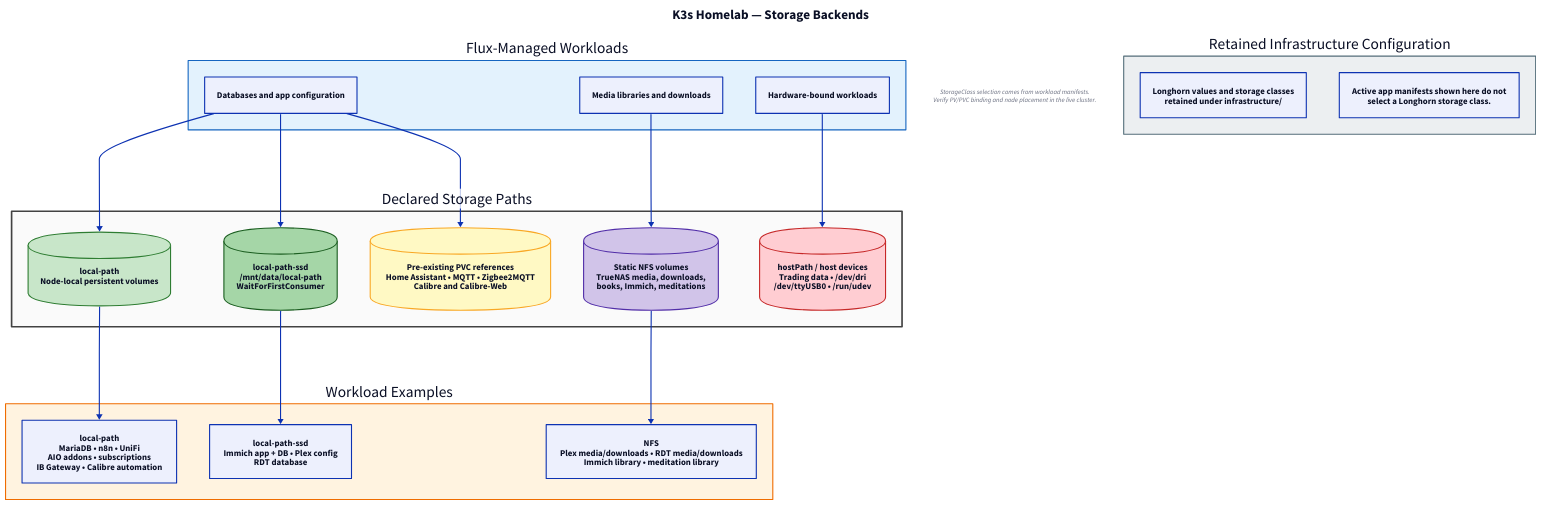
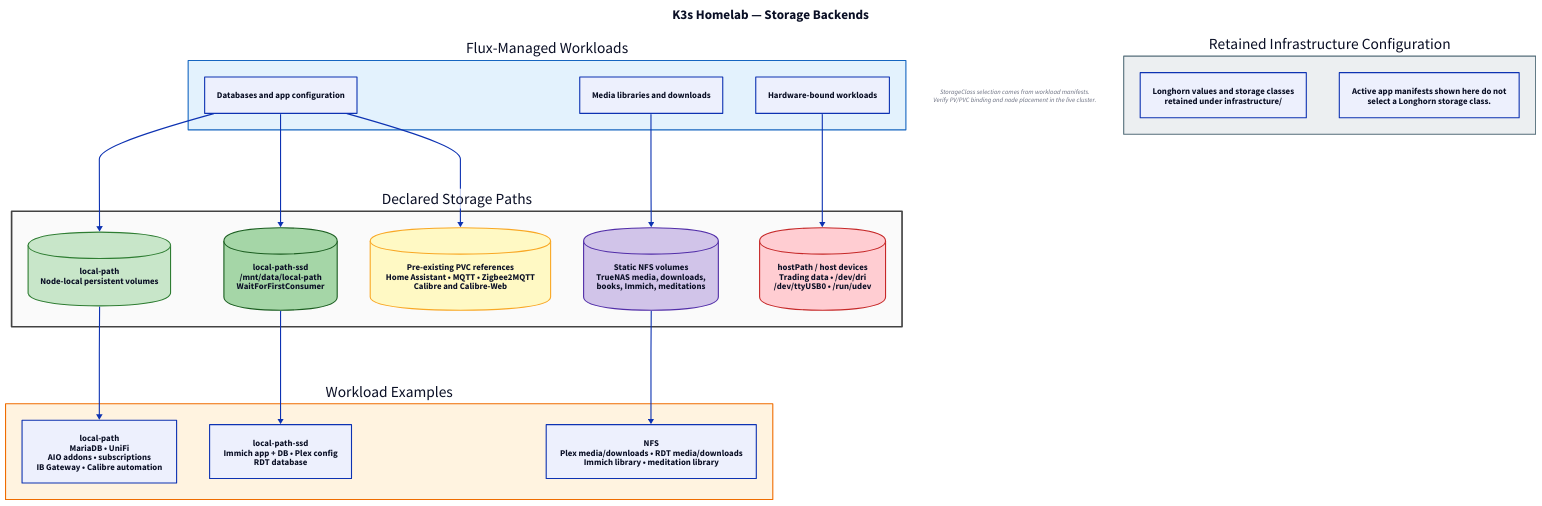
The diagram in docs/diagrams/storage-architecture.d2 (erix/homelab), drawn with D2 before and after one commit. The commit also changed 13 other files, not shown here.

```diff
--- a/docs/diagrams/storage-architecture.d2
+++ b/docs/diagrams/storage-architecture.d2
@@ -1,91 +1,91 @@
 direction: down
 
 title: K3s Homelab — Storage Backends {
   near: top-center
   shape: text
   style.font-size: 24
   style.bold: true
 }
 
 apps: Flux-Managed Workloads {
   style.fill: "#e3f2fd"
   style.stroke: "#1565c0"
 
   stateful: "Databases and app configuration"
   media: "Media libraries and downloads"
   hardware: "Hardware-bound workloads"
 }
 
 storage: Declared Storage Paths {
   style.fill: "#fafafa"
   style.stroke: "#424242"
   style.stroke-width: 3
 
   local: {
     label: "local-path\nNode-local persistent volumes"
     shape: cylinder
     style.fill: "#c8e6c9"
     style.stroke: "#2e7d32"
   }
 
   ssd: {
     label: "local-path-ssd\n/mnt/data/local-path\nWaitForFirstConsumer"
     shape: cylinder
     style.fill: "#a5d6a7"
     style.stroke: "#1b5e20"
   }
 
   nfs: {
     label: "Static NFS volumes\nTrueNAS media, downloads,\nbooks, Immich, meditations"
     shape: cylinder
     style.fill: "#d1c4e9"
     style.stroke: "#512da8"
   }
 
   existing: {
     label: "Pre-existing PVC references\nHome Assistant • MQTT • Zigbee2MQTT\nCalibre and Calibre-Web"
     shape: cylinder
     style.fill: "#fff9c4"
     style.stroke: "#f9a825"
   }
 
   host: {
     label: "hostPath / host devices\nTrading data • /dev/dri\n/dev/ttyUSB0 • /run/udev"
     shape: cylinder
     style.fill: "#ffcdd2"
     style.stroke: "#c62828"
   }
 }
 
 examples: Workload Examples {
   style.fill: "#fff3e0"
   style.stroke: "#ef6c00"
 
-  local_apps: "local-path\nMariaDB • n8n • UniFi\nAIO addons • subscriptions\nIB Gateway • Calibre automation"
+  local_apps: "local-path\nMariaDB • UniFi\nAIO addons • subscriptions\nIB Gateway • Calibre automation"
   ssd_apps: "local-path-ssd\nImmich app + DB • Plex config\nRDT database"
   nfs_apps: "NFS\nPlex media/downloads • RDT media/downloads\nImmich library • meditation library"
 }
 
 retained: Retained Infrastructure Configuration {
   style.fill: "#eceff1"
   style.stroke: "#546e7a"
 
   longhorn: "Longhorn values and storage classes\nretained under infrastructure/"
   note: "Active app manifests shown here do not\nselect a Longhorn storage class."
 }
 
 apps.stateful -> storage.local
 apps.stateful -> storage.ssd
 apps.stateful -> storage.existing
 apps.media -> storage.nfs
 apps.hardware -> storage.host
 
 storage.local -> examples.local_apps
 storage.ssd -> examples.ssd_apps
 storage.nfs -> examples.nfs_apps
 
 note: "StorageClass selection comes from workload manifests.\nVerify PV/PVC binding and node placement in the live cluster." {
   shape: text
   style.italic: true
   style.font-size: 12
 }
```
